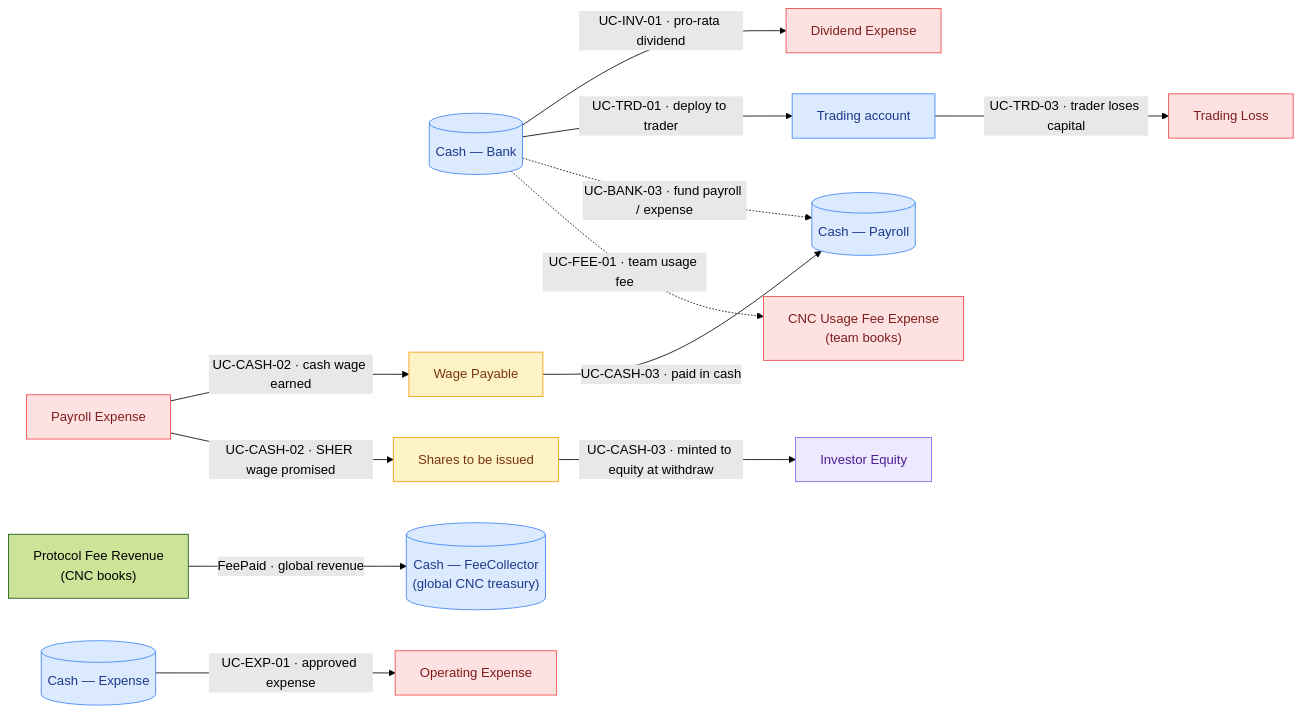
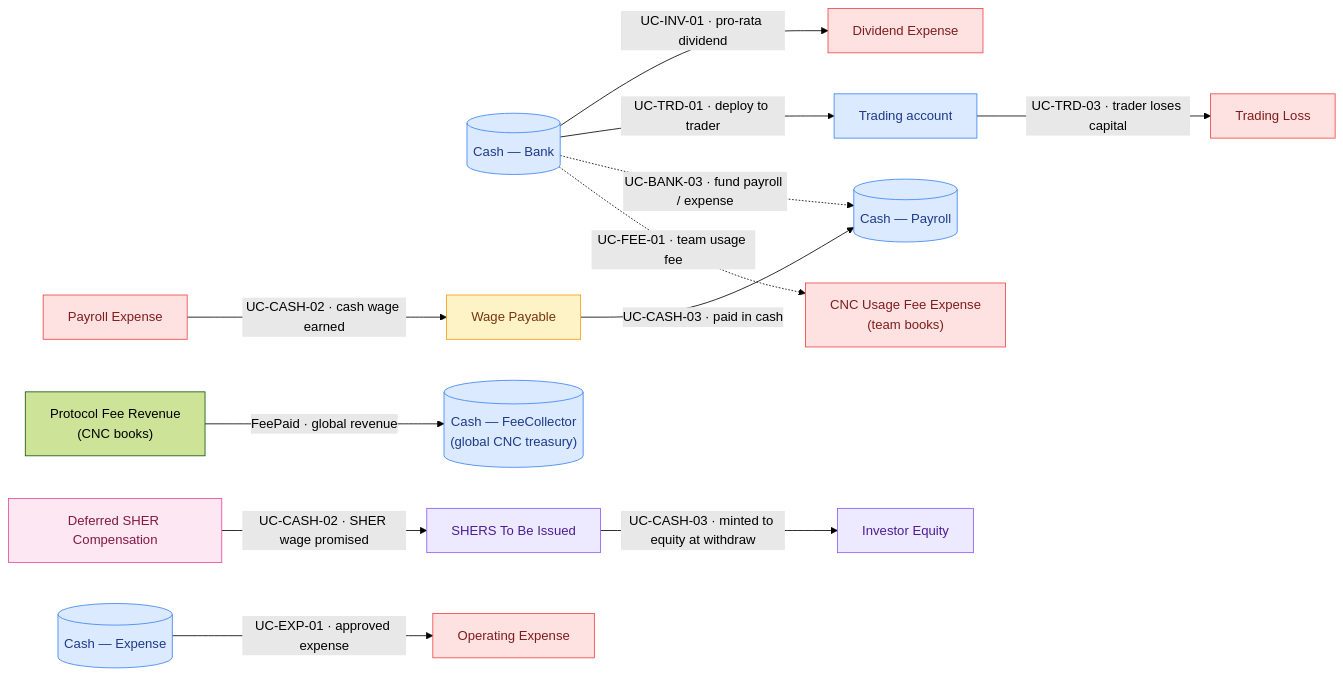
Before and after one commit to globe-and-citizen/cnc-portal: the second of 3 diagrams in docs/features/accounting/money-flow-catalogue.md, drawn with Mermaid (forest theme). The commit also changed other lines of this file and 1 other file, not shown here.

Commit message:
fix: 🐛 update accounting terminology to replace "Shares to be issued" with "SHERS To Be Issued" and introduce "Deferred SHER Compensation" as a contra-equity account

````diff
--- a/docs/features/accounting/money-flow-catalogue.md
+++ b/docs/features/accounting/money-flow-catalogue.md
@@ -201,36 +202,38 @@
 ```mermaid
 flowchart LR
   bank[("Cash — Bank")]:::asset
   payCash[("Cash — Payroll")]:::asset
   expCash[("Cash — Expense")]:::asset
   feeCash[("Cash — FeeCollector<br/>(global CNC treasury)")]:::asset
   trading[Trading account]:::asset
   invEq[Investor Equity]:::equity
   wagePay[Wage Payable]:::liability
-  sharesIssue[Shares to be issued]:::liability
+  shersIssue[SHERS To Be Issued]:::equity
+  deferSher[Deferred SHER Compensation]:::contraeq
 
   payroll[Payroll Expense]:::expense
   opex[Operating Expense]:::expense
   divExp[Dividend Expense]:::expense
   tradeLoss[Trading Loss]:::expense
 
   payroll -->|"UC-CASH-02 · cash wage earned"| wagePay
-  payroll -->|"UC-CASH-02 · SHER wage promised"| sharesIssue
+  deferSher -->|"UC-CASH-02 · SHER wage promised"| shersIssue
   wagePay -->|"UC-CASH-03 · paid in cash"| payCash
-  sharesIssue -->|"UC-CASH-03 · minted to equity at withdraw"| invEq
+  shersIssue -->|"UC-CASH-03 · minted to equity at withdraw"| invEq
   expCash -->|"UC-EXP-01 · approved expense"| opex
   bank -->|"UC-INV-01 · pro-rata dividend"| divExp
   bank -->|"UC-TRD-01 · deploy to trader"| trading
   trading -->|"UC-TRD-03 · trader loses capital"| tradeLoss
 
   bank -.->|"UC-BANK-03 · fund payroll / expense"| payCash
   feeExpense["CNC Usage Fee Expense<br/>(team books)"]:::expense
   protocolFee["Protocol Fee Revenue<br/>(CNC books)"]:::income
   bank -.->|"UC-FEE-01 · team usage fee"| feeExpense
   protocolFee -->|"FeePaid · global revenue"| feeCash
 
   classDef asset fill:#dbeafe,stroke:#3b82f6,color:#1e3a8a;
   classDef equity fill:#ede9fe,stroke:#8b5cf6,color:#4c1d95;
   classDef expense fill:#fee2e2,stroke:#ef4444,color:#7f1d1d;
   classDef liability fill:#fef3c7,stroke:#f59e0b,color:#78350f;
+  classDef contraeq fill:#fce7f3,stroke:#ec4899,color:#831843;
 ```
````
